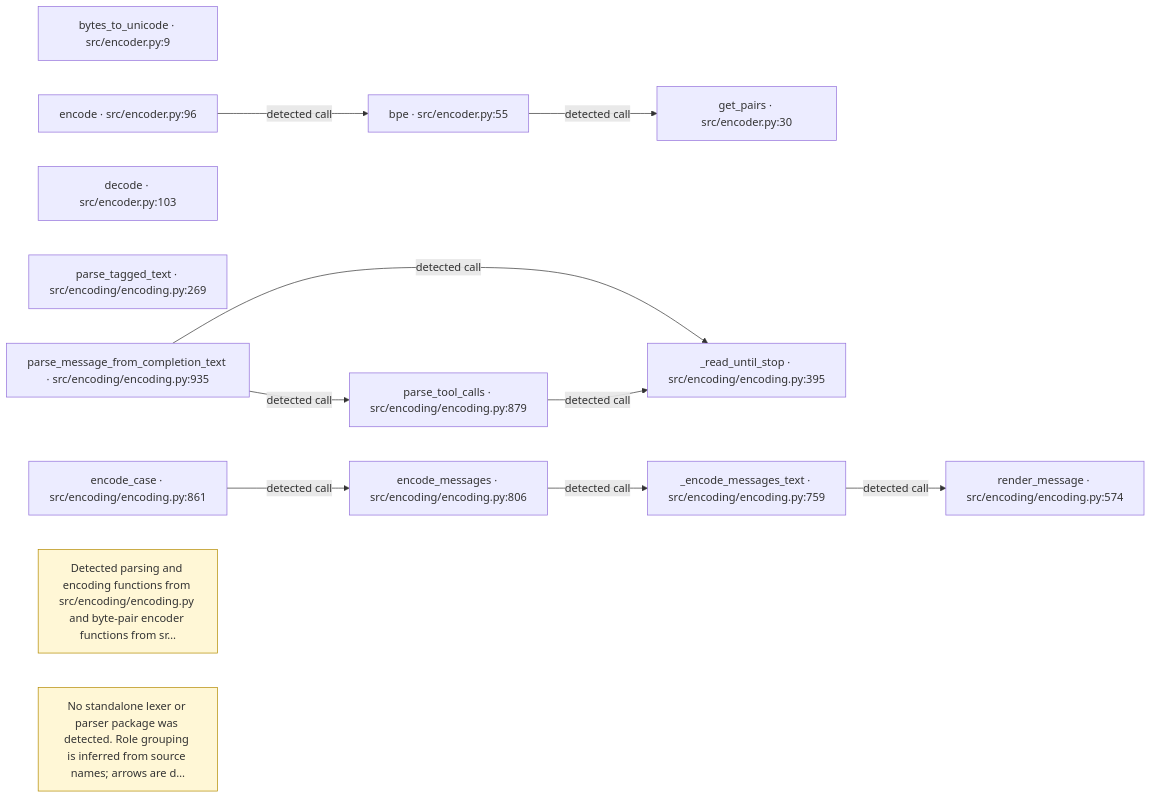
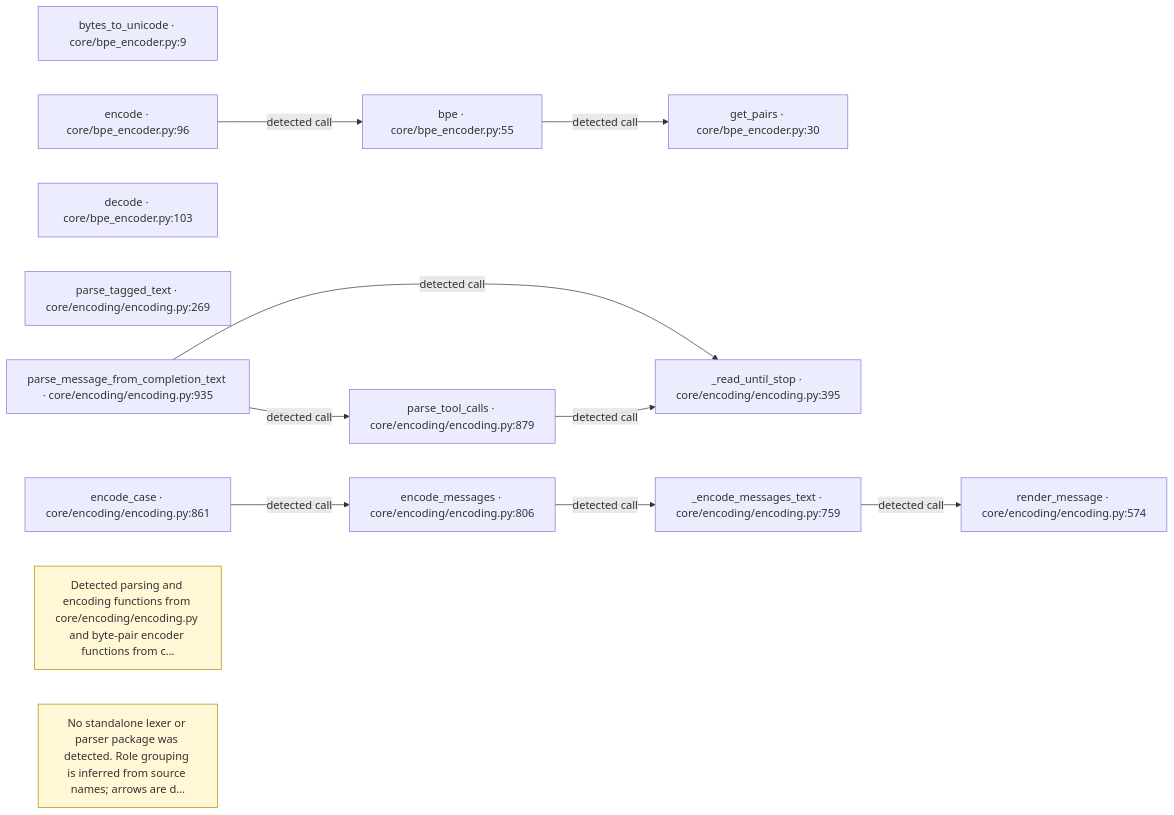
One commit to TheWildKaden/ArdvarkFood changed the diagram in docs/architecture/lexer-parser.mmd. Above: the diagram before and after it, drawn with Mermaid. The commit also changed 262 other files, not shown here.

```diff
--- a/docs/architecture/lexer-parser.mmd
+++ b/docs/architecture/lexer-parser.mmd
@@ -1,27 +1,27 @@
 flowchart LR
-  src_encoder_bytes_to_unicode["bytes_to_unicode · src/encoder.py:9"]
-  src_encoder_get_pairs["get_pairs · src/encoder.py:30"]
-  src_encoder_Encoder_bpe["bpe · src/encoder.py:55"]
-  src_encoder_Encoder_encode["encode · src/encoder.py:96"]
-  src_encoder_Encoder_decode["decode · src/encoder.py:103"]
-  src_encoding_encoding_parse_tagged_text["parse_tagged_text · src/encoding/encoding.py:269"]
-  src_encoding_encoding__read_until_stop["_read_until_stop · src/encoding/encoding.py:395"]
-  src_encoding_encoding_render_message["render_message · src/encoding/encoding.py:574"]
-  src_encoding_encoding__encode_messages_text["_encode_messages_text · src/encoding/encoding.py:759"]
-  src_encoding_encoding_encode_messages["encode_messages · src/encoding/encoding.py:806"]
-  src_encoding_encoding_encode_case["encode_case · src/encoding/encoding.py:861"]
-  src_encoding_encoding_parse_tool_calls["parse_tool_calls · src/encoding/encoding.py:879"]
-  src_encoding_encoding_parse_message_from_completion_text["parse_message_from_completion_text · src/encoding/encoding.py:935"]
-  src_encoder_Encoder_bpe -->|"detected call"| src_encoder_get_pairs
-  src_encoder_Encoder_encode -->|"detected call"| src_encoder_Encoder_bpe
-  src_encoding_encoding__encode_messages_text -->|"detected call"| src_encoding_encoding_render_message
-  src_encoding_encoding_encode_case -->|"detected call"| src_encoding_encoding_encode_messages
-  src_encoding_encoding_encode_messages -->|"detected call"| src_encoding_encoding__encode_messages_text
-  src_encoding_encoding_parse_message_from_completion_text -->|"detected call"| src_encoding_encoding__read_until_stop
-  src_encoding_encoding_parse_message_from_completion_text -->|"detected call"| src_encoding_encoding_parse_tool_calls
-  src_encoding_encoding_parse_tool_calls -->|"detected call"| src_encoding_encoding__read_until_stop
-  analysis_note_0["Detected parsing and encoding functions from src/encoding/encoding.py and byte-pair encoder functions from sr…"]
+  core_bpe_encoder_bytes_to_unicode["bytes_to_unicode · core/bpe_encoder.py:9"]
+  core_bpe_encoder_get_pairs["get_pairs · core/bpe_encoder.py:30"]
+  core_bpe_encoder_Encoder_bpe["bpe · core/bpe_encoder.py:55"]
+  core_bpe_encoder_Encoder_encode["encode · core/bpe_encoder.py:96"]
+  core_bpe_encoder_Encoder_decode["decode · core/bpe_encoder.py:103"]
+  core_encoding_encoding_parse_tagged_text["parse_tagged_text · core/encoding/encoding.py:269"]
+  core_encoding_encoding__read_until_stop["_read_until_stop · core/encoding/encoding.py:395"]
+  core_encoding_encoding_render_message["render_message · core/encoding/encoding.py:574"]
+  core_encoding_encoding__encode_messages_text["_encode_messages_text · core/encoding/encoding.py:759"]
+  core_encoding_encoding_encode_messages["encode_messages · core/encoding/encoding.py:806"]
+  core_encoding_encoding_encode_case["encode_case · core/encoding/encoding.py:861"]
+  core_encoding_encoding_parse_tool_calls["parse_tool_calls · core/encoding/encoding.py:879"]
+  core_encoding_encoding_parse_message_from_completion_text["parse_message_from_completion_text · core/encoding/encoding.py:935"]
+  core_bpe_encoder_Encoder_bpe -->|"detected call"| core_bpe_encoder_get_pairs
+  core_bpe_encoder_Encoder_encode -->|"detected call"| core_bpe_encoder_Encoder_bpe
+  core_encoding_encoding__encode_messages_text -->|"detected call"| core_encoding_encoding_render_message
+  core_encoding_encoding_encode_case -->|"detected call"| core_encoding_encoding_encode_messages
+  core_encoding_encoding_encode_messages -->|"detected call"| core_encoding_encoding__encode_messages_text
+  core_encoding_encoding_parse_message_from_completion_text -->|"detected call"| core_encoding_encoding__read_until_stop
+  core_encoding_encoding_parse_message_from_completion_text -->|"detected call"| core_encoding_encoding_parse_tool_calls
+  core_encoding_encoding_parse_tool_calls -->|"detected call"| core_encoding_encoding__read_until_stop
+  analysis_note_0["Detected parsing and encoding functions from core/encoding/encoding.py and byte-pair encoder functions from c…"]
   class analysis_note_0 note
   analysis_note_1["No standalone lexer or parser package was detected. Role grouping is inferred from source names; arrows are d…"]
   class analysis_note_1 note
   classDef note fill:#fff7d6,stroke:#b38b00,color:#333
```
